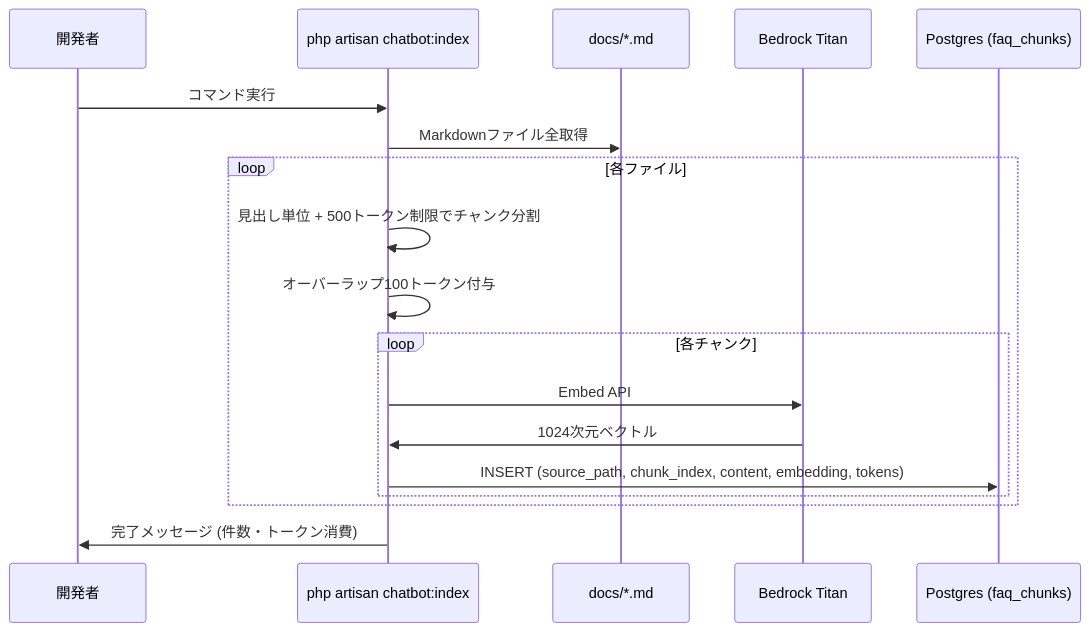
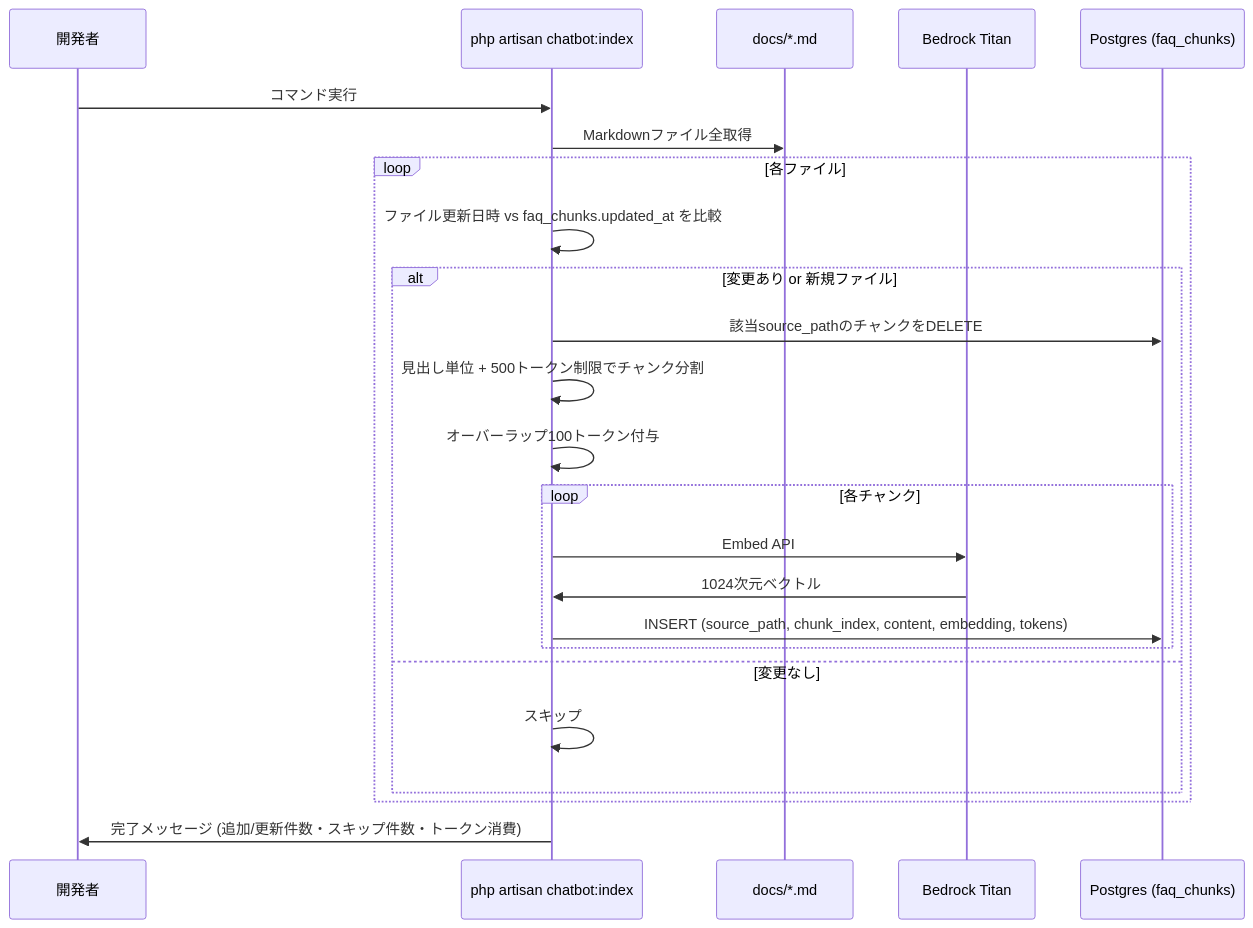
One commit to tetsu2026/movie-profile changed the ninth of 9 diagrams in docs/design-docs/05_data_flow.md. Above: the diagram before and after it, drawn with Mermaid. The commit also changed other lines of this file and 10 other files, not shown here.

````diff
--- a/docs/design-docs/05_data_flow.md
+++ b/docs/design-docs/05_data_flow.md
@@ -253,21 +252,27 @@
 ```mermaid
 sequenceDiagram
     participant Admin as 開発者
     participant Art as php artisan chatbot:index
     participant FS as docs/*.md
     participant T as Bedrock Titan
     participant PG as Postgres (faq_chunks)
 
     Admin->>Art: コマンド実行
     Art->>FS: Markdownファイル全取得
     loop 各ファイル
-        Art->>Art: 見出し単位 + 500トークン制限でチャンク分割
-        Art->>Art: オーバーラップ100トークン付与
-        loop 各チャンク
-            Art->>T: Embed API
-            T->>Art: 1024次元ベクトル
-            Art->>PG: INSERT (source_path, chunk_index, content, embedding, tokens)
+        Art->>Art: ファイル更新日時 vs faq_chunks.updated_at を比較
+        alt 変更あり or 新規ファイル
+            Art->>PG: 該当source_pathのチャンクをDELETE
+            Art->>Art: 見出し単位 + 500トークン制限でチャンク分割
+            Art->>Art: オーバーラップ100トークン付与
+            loop 各チャンク
+                Art->>T: Embed API
+                T->>Art: 1024次元ベクトル
+                Art->>PG: INSERT (source_path, chunk_index, content, embedding, tokens)
+            end
+        else 変更なし
+            Art->>Art: スキップ
         end
     end
-    Art->>Admin: 完了メッセージ (件数・トークン消費)
+    Art->>Admin: 完了メッセージ (追加/更新件数・スキップ件数・トークン消費)
 ```
````
